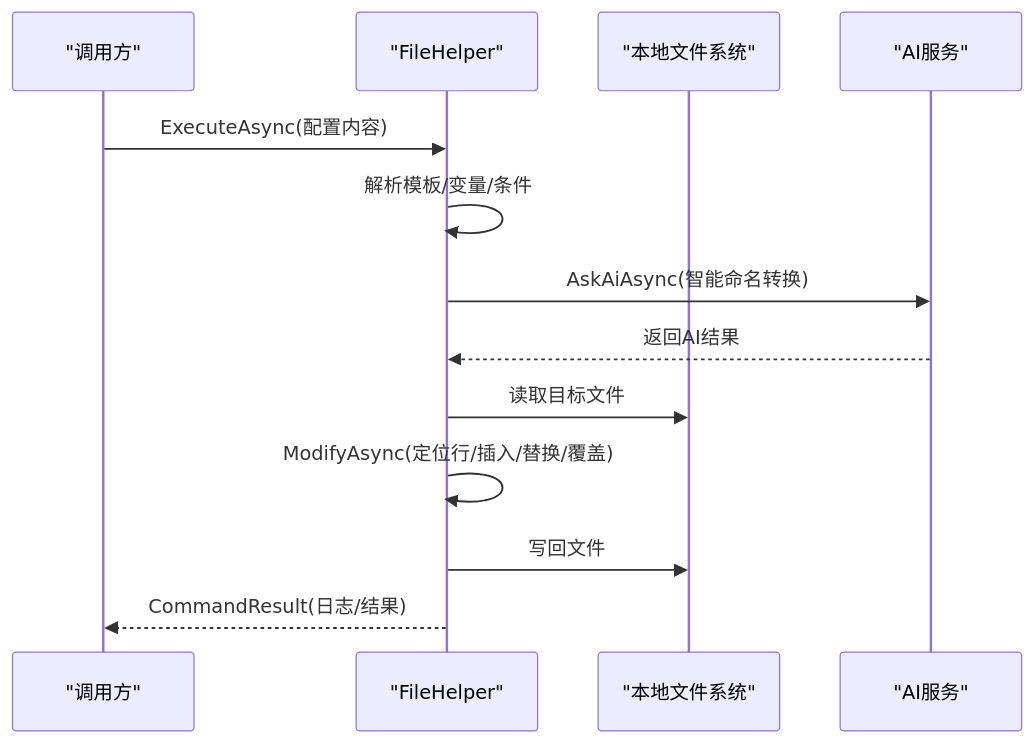
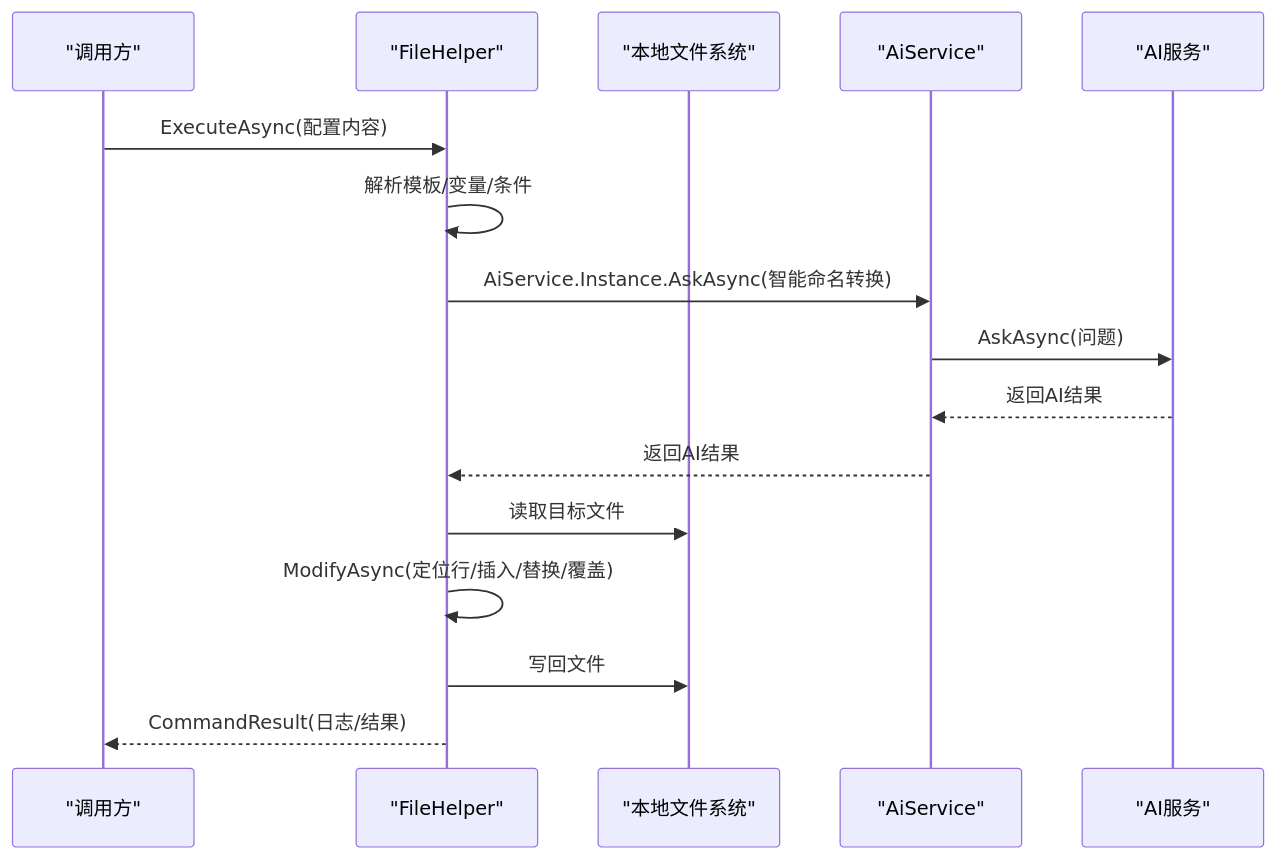
Before and after one commit to Sosososolong/AirGo: the ninth of 11 diagrams in .qoder/repowiki/zh/content/工具库详解/文件操作工具.md, drawn with Mermaid. The commit also changed other lines of this file and 12 other files, not shown here.

````diff
--- a/.qoder/repowiki/zh/content/工具库详解/文件操作工具.md
+++ b/.qoder/repowiki/zh/content/工具库详解/文件操作工具.md
@@ -362,15 +407,18 @@
 ```mermaid
 sequenceDiagram
 participant Caller as "调用方"
 participant FH as "FileHelper"
 participant FS as "本地文件系统"
-participant AI as "AI服务"
+participant AS as "AiService"
+participant AIS as "AI服务"
 Caller->>FH : ExecuteAsync(配置内容)
 FH->>FH : 解析模板/变量/条件
-FH->>AI : AskAiAsync(智能命名转换)
-AI-->>FH : 返回AI结果
+FH->>AS : AiService.Instance.AskAsync(智能命名转换)
+AS->>AIS : AskAsync(问题)
+AIS-->>AS : 返回AI结果
+AS-->>FH : 返回AI结果
 FH->>FS : 读取目标文件
 FH->>FH : ModifyAsync(定位行/插入/替换/覆盖)
 FH->>FS : 写回文件
 FH-->>Caller : CommandResult(日志/结果)
 ```
````
